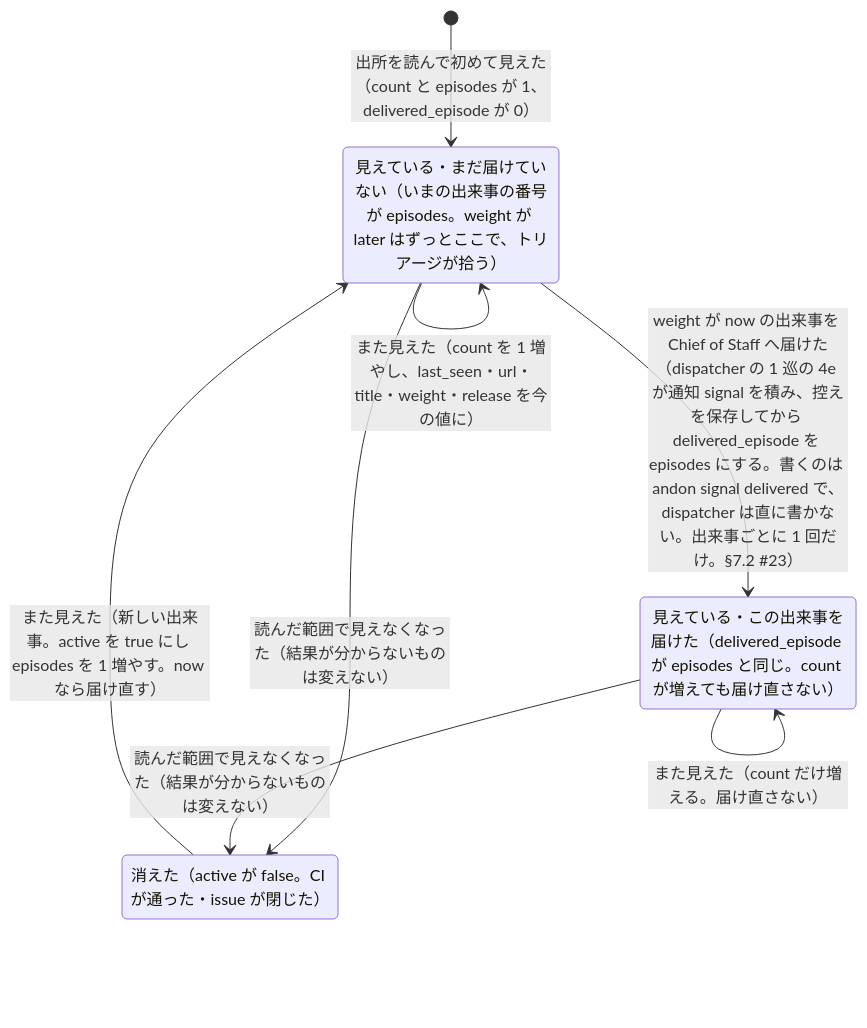
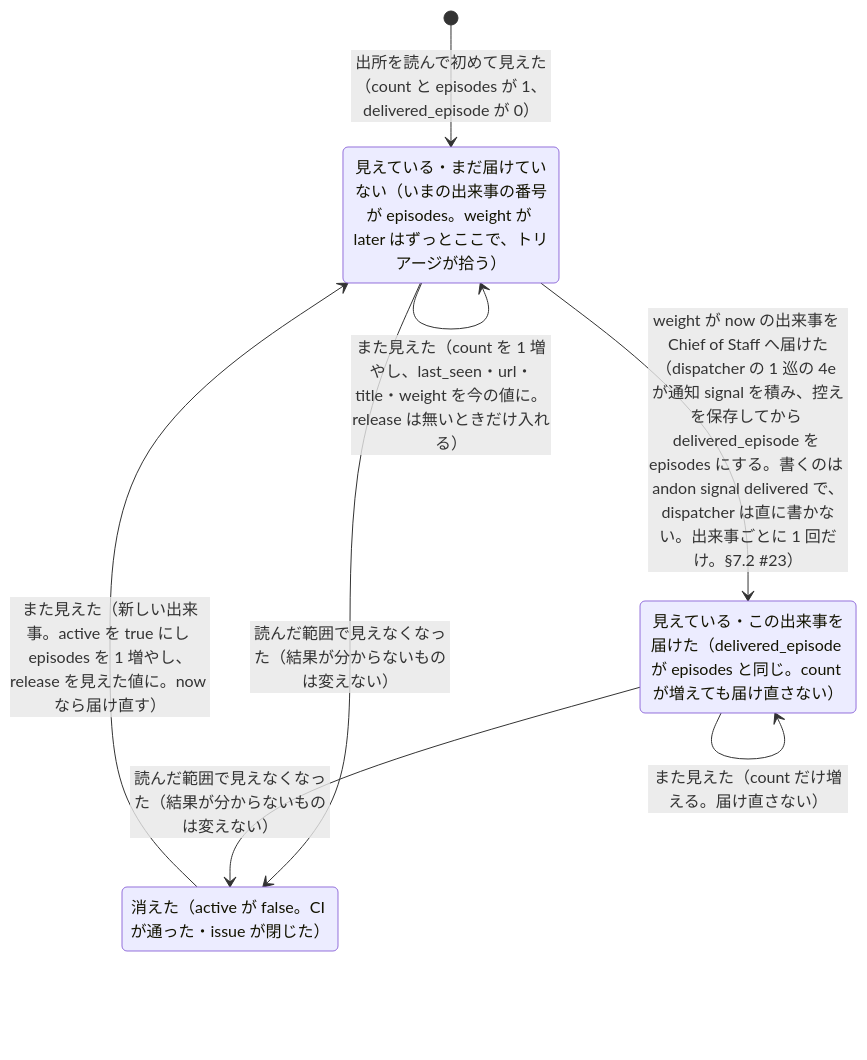
One commit to mitaku/andon changed the diagram in docs/process/signal.md. Above: the diagram before and after it, drawn with Mermaid. The commit also changed other lines of this file and 6 other files, not shown here.

````diff
--- a/docs/process/signal.md
+++ b/docs/process/signal.md
@@ -9,13 +9,13 @@
 ```mermaid
 stateDiagram-v2
   state "見えている・まだ届けていない（いまの出来事の番号が episodes。weight が later はずっとここで、トリアージが拾う）" as s_active
   state "見えている・この出来事を届けた（delivered_episode が episodes と同じ。count が増えても届け直さない）" as s_delivered
   state "消えた（active が false。CI が通った・issue が閉じた）" as s_gone
   [*] --> s_active: 出所を読んで初めて見えた（count と episodes が 1、delivered_episode が 0）
-  s_active --> s_active: また見えた（count を 1 増やし、last_seen・url・title・weight・release を今の値に）
+  s_active --> s_active: また見えた（count を 1 増やし、last_seen・url・title・weight を今の値に。release は無いときだけ入れる）
   s_active --> s_delivered: weight が now の出来事を Chief of Staff へ届けた（dispatcher の 1 巡の 4e が通知 signal を積み、控えを保存してから delivered_episode を episodes にする。書くのは andon signal delivered で、dispatcher は直に書かない。出来事ごとに 1 回だけ。§7.2 #23）
   s_delivered --> s_delivered: また見えた（count だけ増える。届け直さない）
   s_active --> s_gone: 読んだ範囲で見えなくなった（結果が分からないものは変えない）
   s_delivered --> s_gone: 読んだ範囲で見えなくなった（結果が分からないものは変えない）
-  s_gone --> s_active: また見えた（新しい出来事。active を true にし episodes を 1 増やす。now なら届け直す）
+  s_gone --> s_active: また見えた（新しい出来事。active を true にし episodes を 1 増やし、release を見えた値に。now なら届け直す）
 ```
````
